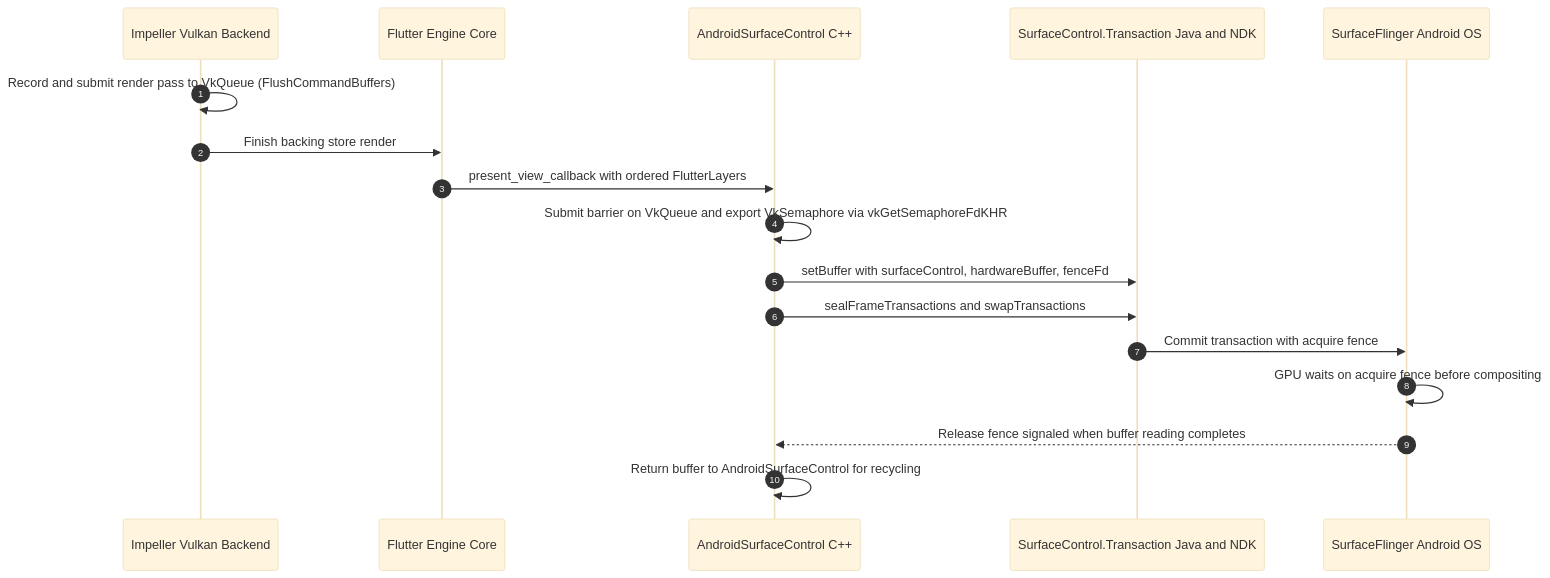
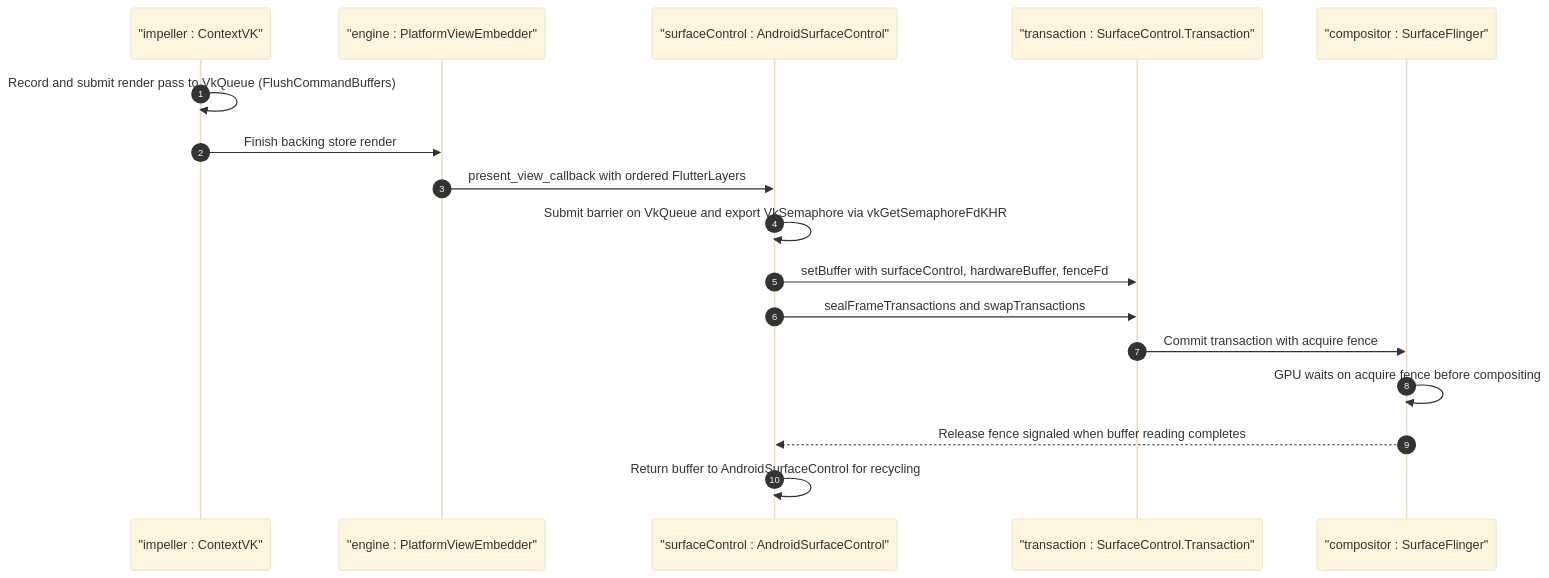
One commit to flutter/rfc changed the sixth of 14 diagrams in rfc/410.0000-flutter-android-embedder-c-api-migration.md. Above: the diagram before and after it, drawn with Mermaid (base theme). The commit also changed other lines of this file, not shown here.

Commit message:
Remove rejection path of vulkan checks in preference to moving checks into the Android embedder

````diff
--- a/rfc/410.0000-flutter-android-embedder-c-api-migration.md
+++ b/rfc/410.0000-flutter-android-embedder-c-api-migration.md
@@ -392,20 +375,20 @@
 ```mermaid
 sequenceDiagram
     autonumber
-    participant Impeller as Impeller Vulkan Backend
-    participant Engine as Flutter Engine Core
-    participant Embedder as AndroidSurfaceControl C++
-    participant SC as SurfaceControl.Transaction Java and NDK
-    participant SF as SurfaceFlinger Android OS
+    participant Impeller as "impeller : ContextVK"
+    participant Engine as "engine : PlatformViewEmbedder"
+    participant Embedder as "surfaceControl : AndroidSurfaceControl"
+    participant SC as "transaction : SurfaceControl.Transaction"
+    participant SF as "compositor : SurfaceFlinger"
 
     Impeller->>Impeller: Record and submit render pass to VkQueue (FlushCommandBuffers)
     Impeller->>Engine: Finish backing store render
     Engine->>Embedder: present_view_callback with ordered FlutterLayers
     Embedder->>Embedder: Submit barrier on VkQueue and export VkSemaphore via vkGetSemaphoreFdKHR
     Embedder->>SC: setBuffer with surfaceControl, hardwareBuffer, fenceFd
     Embedder->>SC: sealFrameTransactions and swapTransactions
     SC->>SF: Commit transaction with acquire fence
     SF->>SF: GPU waits on acquire fence before compositing
     SF-->>Embedder: Release fence signaled when buffer reading completes
     Embedder->>Embedder: Return buffer to AndroidSurfaceControl for recycling
 ```
````
